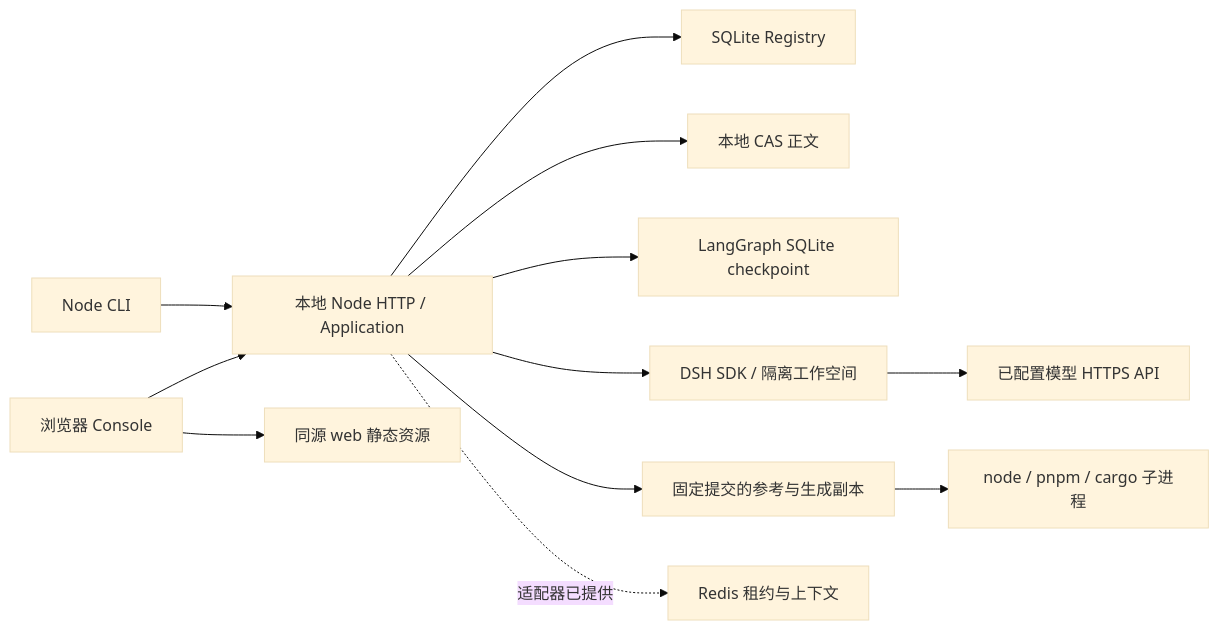
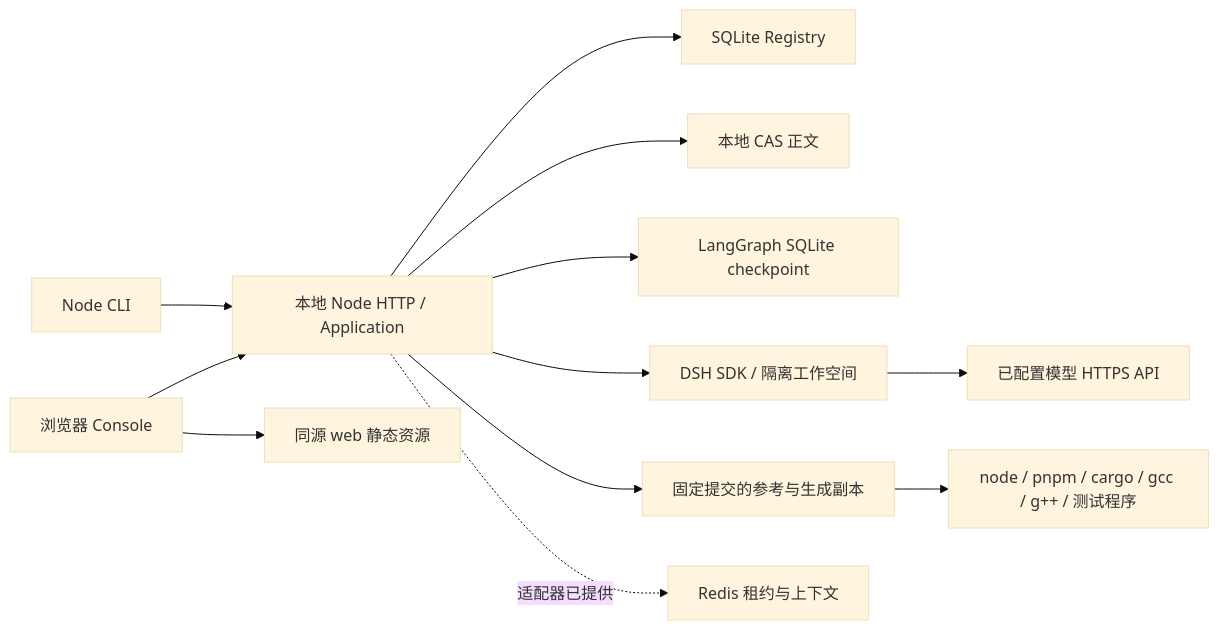
Before and after one commit to linlisWorkTeam/domain-knowledge: the fourth of 6 diagrams in docs/diagrams/Views4Plus1.md, drawn with Mermaid (base theme). The commit also changed other lines of this file and 10 other files, not shown here.

````diff
--- a/docs/diagrams/Views4Plus1.md
+++ b/docs/diagrams/Views4Plus1.md
@@ -72,14 +72,14 @@
 ```mermaid
 flowchart LR
   Browser[浏览器 Console] --> Server[本地 Node HTTP / Application]
   CLI[Node CLI] --> Server
   Server --> Registry[SQLite Registry]
   Server --> CAS[本地 CAS 正文]
   Server --> Checkpoint[LangGraph SQLite checkpoint]
   Server --> Harness[DSH SDK / 隔离工作空间]
   Harness --> Model[已配置模型 HTTPS API]
   Server --> Project[固定提交的参考与生成副本]
-  Project --> Processes[node / pnpm / cargo 子进程]
+  Project --> Processes[node / pnpm / cargo / gcc / g++ / 测试程序]
   Server -. 适配器已提供 .-> Redis[Redis 租约与上下文]
   Browser --> Static[同源 web 静态资源]
 ```
````
